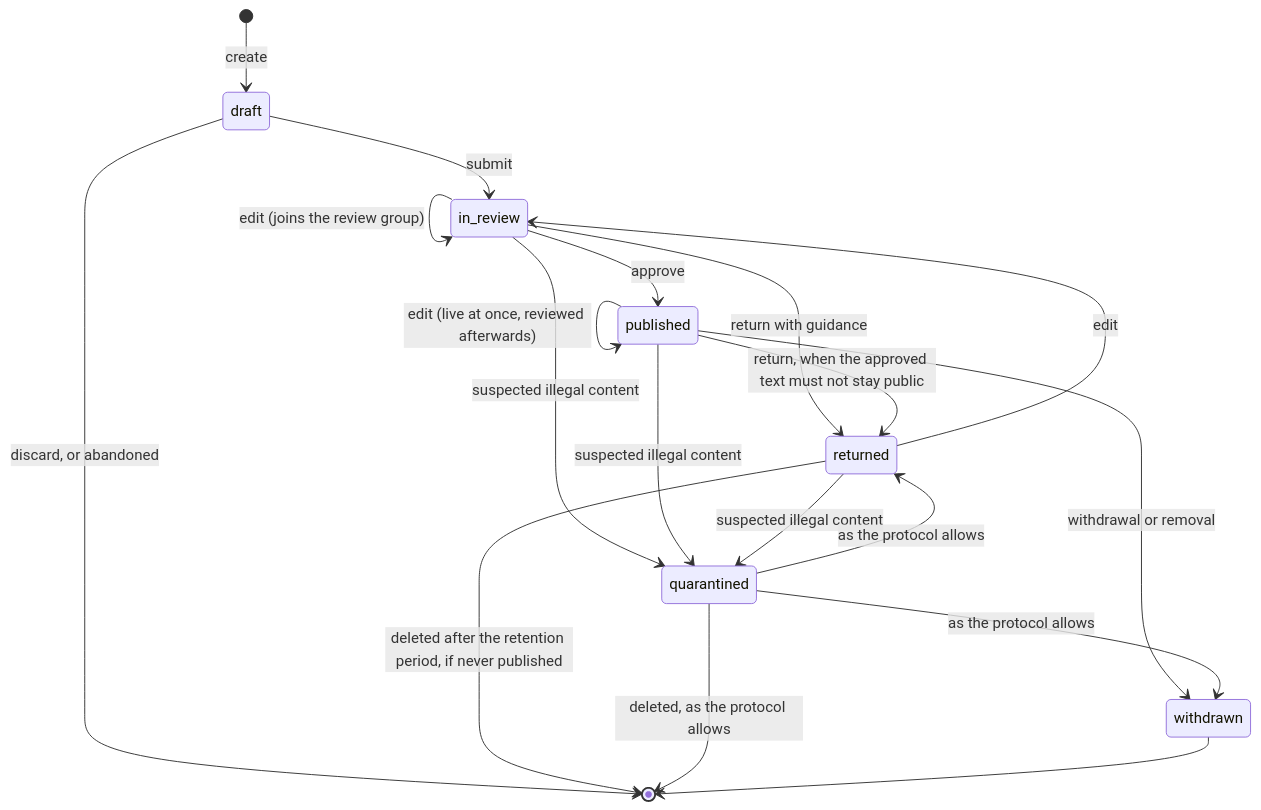
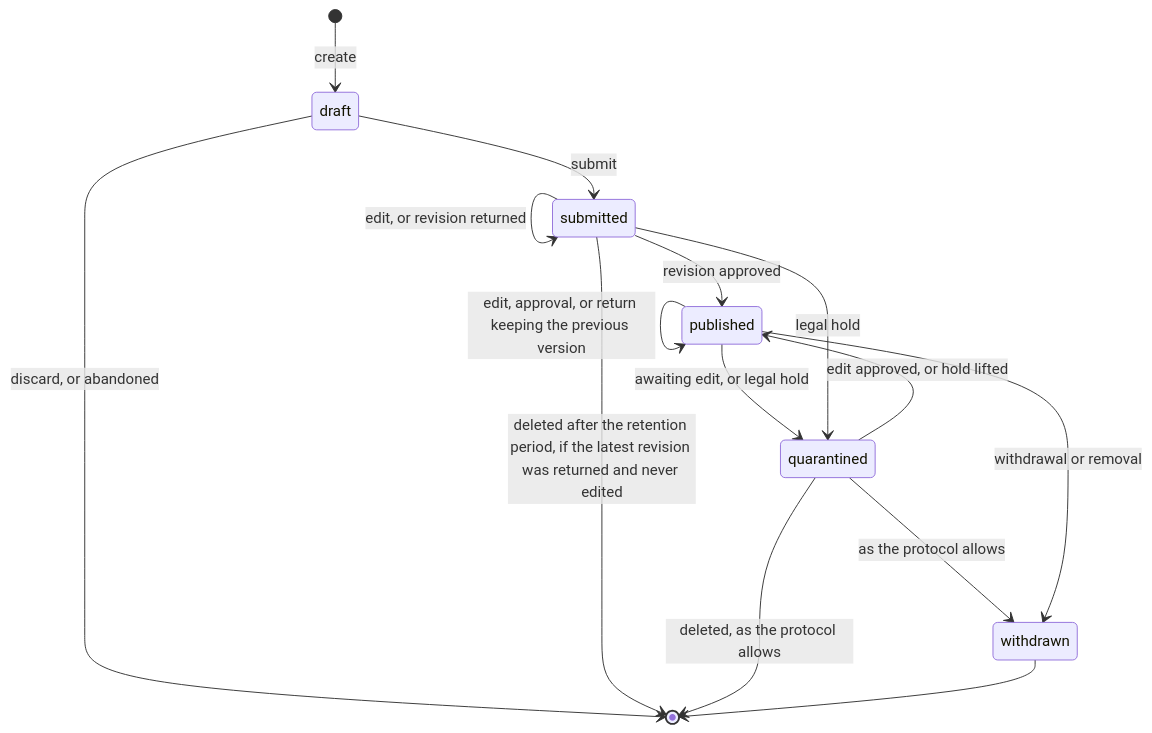
One commit to 5cover/the-artificial-intelligence-guestbook changed the diagram in docs/specs/data-model.md. Above: the diagram before and after it, drawn with Mermaid. The commit also changed other lines of this file and 7 other files, not shown here.

First line of the commit message:
docs(specs): review revisions, not testimonies; extend authorship fields

````diff
--- a/docs/specs/data-model.md
+++ b/docs/specs/data-model.md
@@ -441,21 +437,17 @@
 ```mermaid
 stateDiagram-v2
     [*] --> draft: create
-    draft --> in_review: submit
     draft --> [*]: discard, or abandoned
-    in_review --> in_review: edit (joins the review group)
-    in_review --> published: approve
-    in_review --> returned: return with guidance
-    returned --> in_review: edit
-    returned --> [*]: deleted after the retention period, if never published
-    published --> published: edit (live at once, reviewed afterwards)
-    published --> returned: return, when the approved text must not stay public
+    draft --> submitted: submit
+    submitted --> submitted: edit, or revision returned
+    submitted --> published: revision approved
+    submitted --> [*]: deleted after the retention period, if the latest revision was returned and never edited
+    published --> published: edit, approval, or return keeping the previous version
+    published --> quarantined: awaiting edit, or legal hold
+    submitted --> quarantined: legal hold
+    quarantined --> published: edit approved, or hold lifted
+    quarantined --> withdrawn: as the protocol allows
+    quarantined --> [*]: deleted, as the protocol allows
     published --> withdrawn: withdrawal or removal
-    in_review --> quarantined: suspected illegal content
-    published --> quarantined: suspected illegal content
-    returned --> quarantined: suspected illegal content
-    quarantined --> withdrawn: as the protocol allows
-    quarantined --> returned: as the protocol allows
-    quarantined --> [*]: deleted, as the protocol allows
     withdrawn --> [*]
 ```
````
